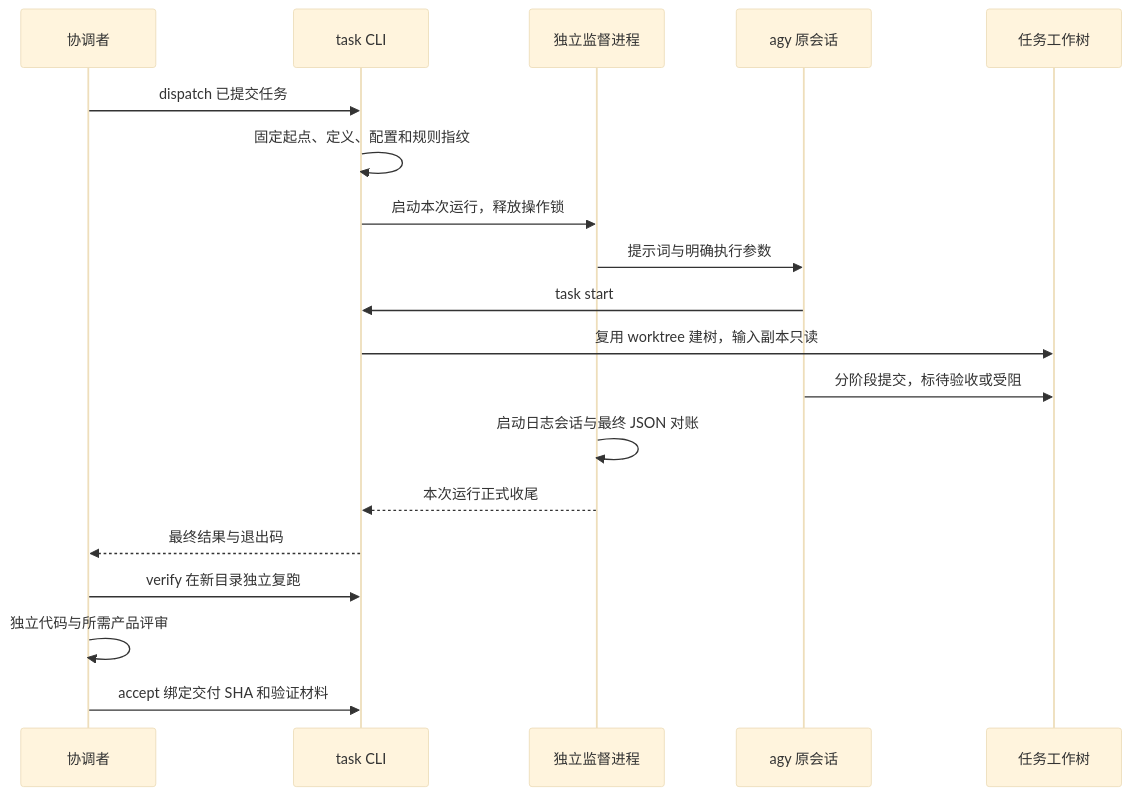
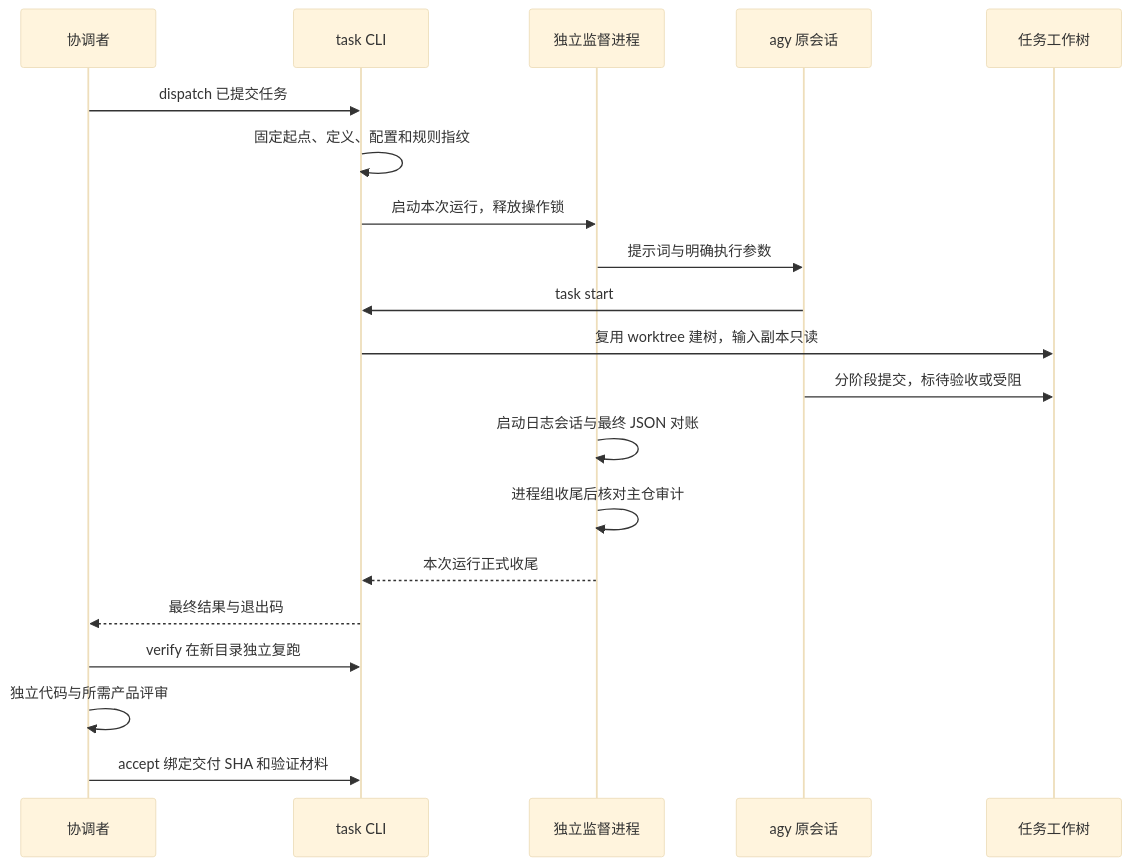
Before and after one commit to iazrael/nexus-kit: the diagram in docs/架构算法/任务协作.md, drawn with Mermaid (base theme). The commit also changed other lines of this file and 21 other files, not shown here.

````diff
--- a/docs/架构算法/任务协作.md
+++ b/docs/架构算法/任务协作.md
@@ -9,21 +9,22 @@
 ```mermaid
 sequenceDiagram
   participant C as 协调者
   participant T as task CLI
   participant S as 独立监督进程
   participant A as agy 原会话
   participant W as 任务工作树
   C->>T: dispatch 已提交任务
   T->>T: 固定起点、定义、配置和规则指纹
   T->>S: 启动本次运行，释放操作锁
   S->>A: 提示词与明确执行参数
   A->>T: task start
   T->>W: 复用 worktree 建树，输入副本只读
   A->>W: 分阶段提交，标待验收或受阻
   S->>S: 启动日志会话与最终 JSON 对账
+  S->>S: 进程组收尾后核对主仓审计
   S-->>T: 本次运行正式收尾
   T-->>C: 最终结果与退出码
   C->>T: verify 在新目录独立复跑
   C->>C: 独立代码与所需产品评审
   C->>T: accept 绑定交付 SHA 和验证材料
 ```
````
